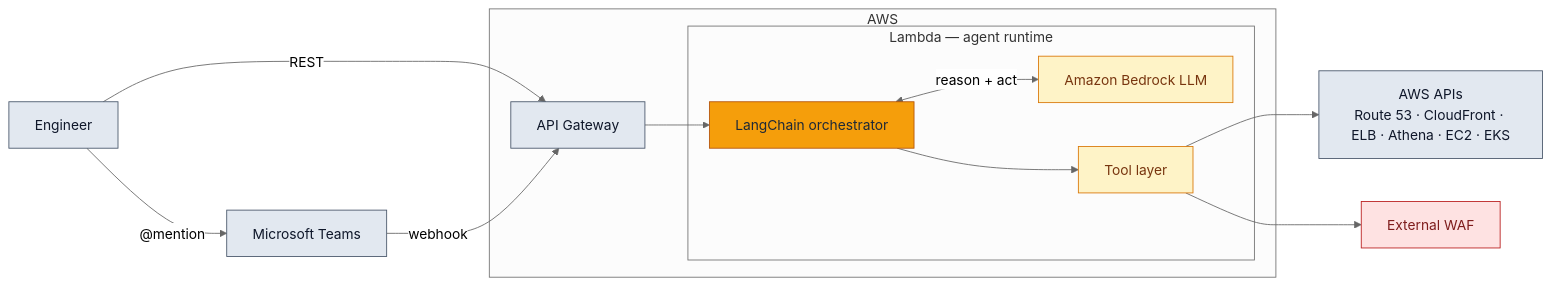
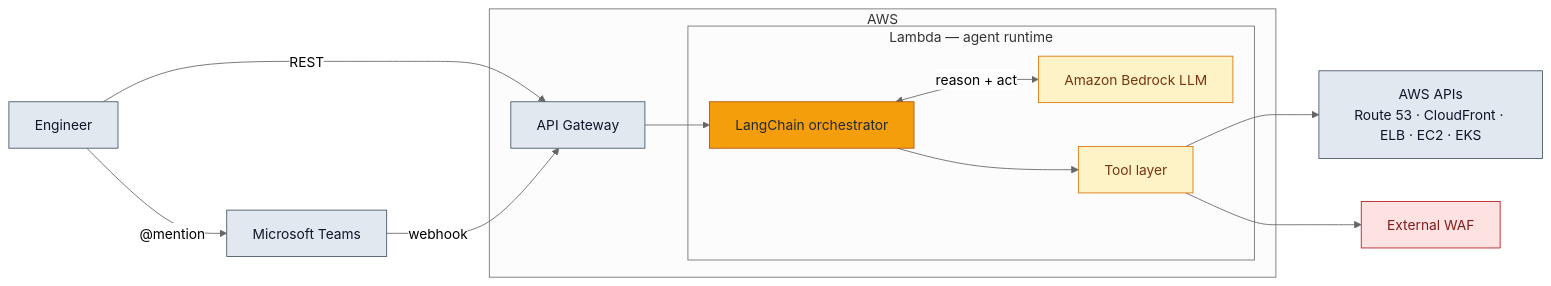
One commit to grey-techstack/aws-network-ops-agent changed the first of 2 diagrams in README.md. Above: the diagram before and after it, drawn with Mermaid (neutral theme). The commit also changed other lines of this file and 25 other files, not shown here.

````diff
--- a/README.md
+++ b/README.md
@@ -51,35 +51,35 @@
 ```mermaid
 flowchart LR
     U["Engineer"]
     T["Microsoft Teams"]
 
     subgraph AWS ["AWS"]
         AGW["API Gateway"]
         subgraph RT ["Lambda &mdash; agent runtime"]
             O["LangChain orchestrator"]
             B["Amazon Bedrock LLM"]
             TL["Tool layer"]
         end
     end
 
-    API["AWS APIs<br/>Route 53 · CloudFront · ELB · Athena · EC2 · EKS"]
+    API["AWS APIs<br/>Route 53 · CloudFront · ELB · EC2 · EKS"]
     WAF["External WAF"]
 
     U -->|"@mention"| T
     U -->|"REST"| AGW
     T -->|"webhook"| AGW
     AGW --> O
     O <-->|"reason + act"| B
     O --> TL
     TL --> API
     TL --> WAF
 
     classDef infra fill:#E2E8F0,stroke:#475569,color:#0F172A;
     classDef agent fill:#FEF3C7,stroke:#D97706,color:#78350F;
     classDef hero fill:#F59E0B,stroke:#B45309,color:#1F2937;
     classDef sec fill:#FEE2E2,stroke:#B91C1C,color:#7F1D1D;
     class U,T,AGW,API infra;
     class B,TL agent;
     class O hero;
     class WAF sec;
 ```
````
